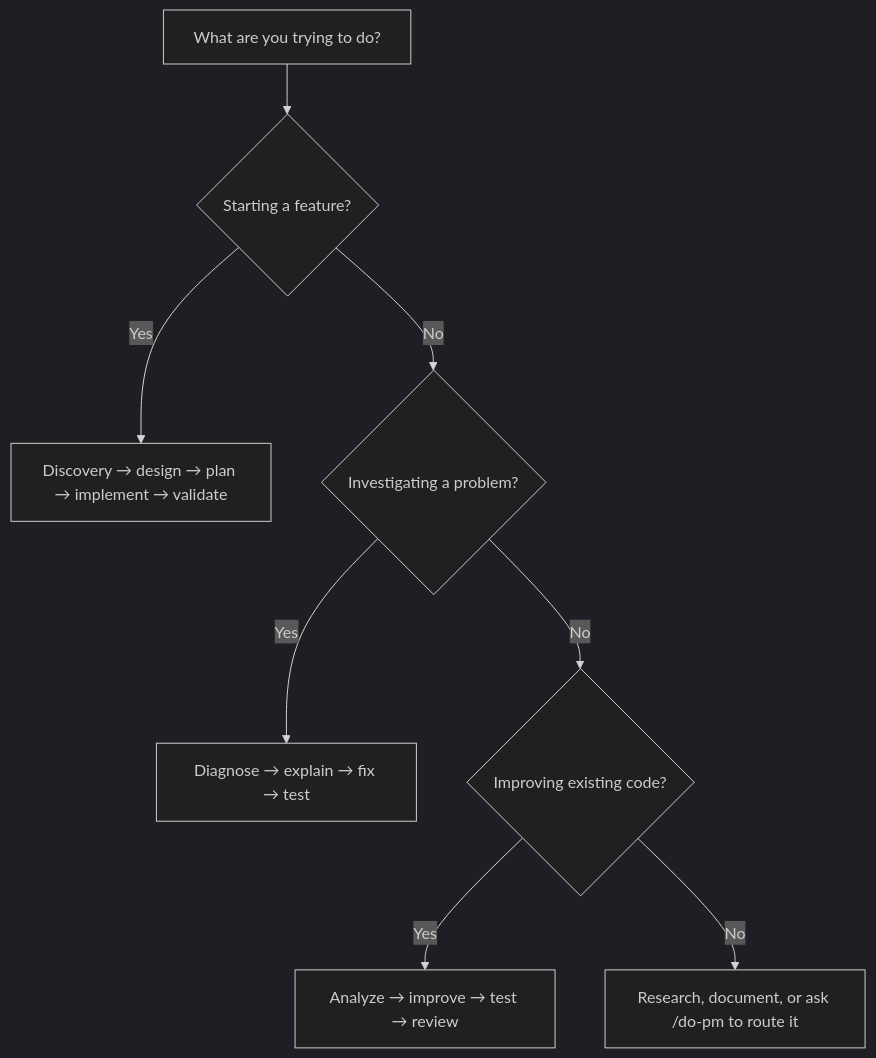
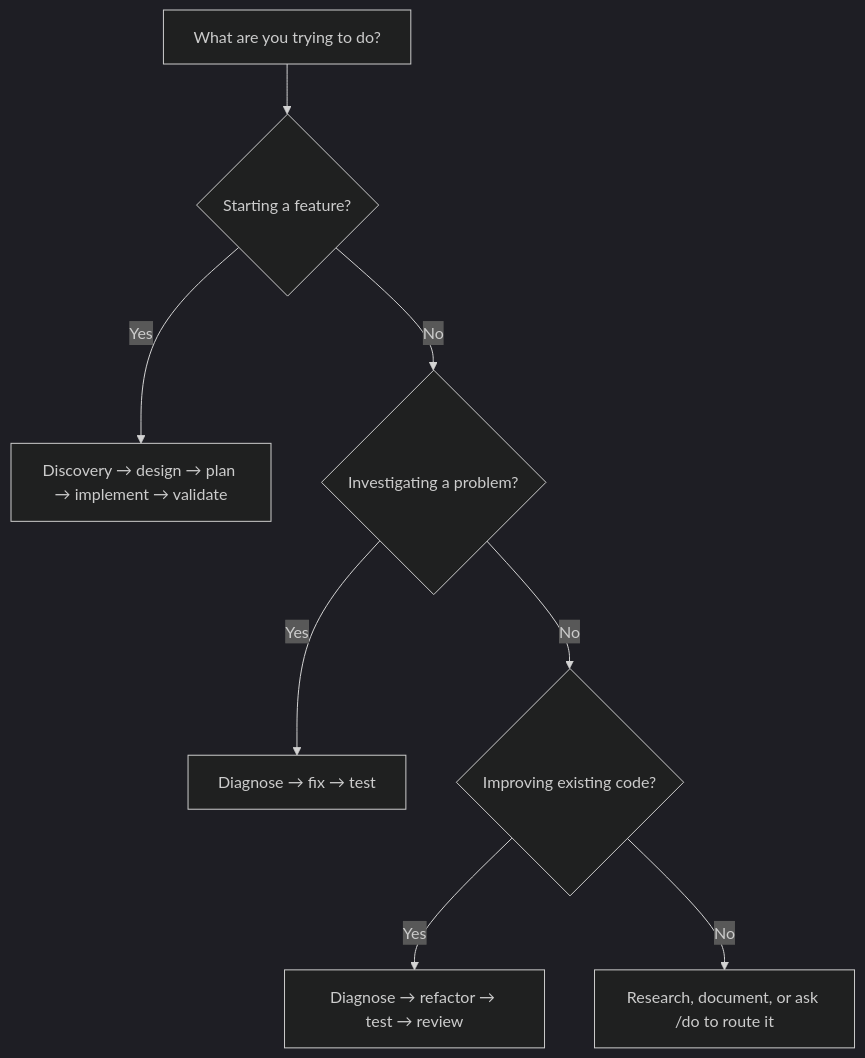
One commit to khoavu882/do-flow changed the first of 2 diagrams in docs/guide.md. Above: the diagram before and after it, drawn with Mermaid (dark theme). The commit also changed other lines of this file and 3 other files, not shown here.

````diff
--- a/docs/guide.md
+++ b/docs/guide.md
@@ -7,10 +7,10 @@
 ```mermaid
 flowchart TD
     A[What are you trying to do?] --> B{Starting a feature?}
     B -->|Yes| C[Discovery → design → plan → implement → validate]
     B -->|No| D{Investigating a problem?}
-    D -->|Yes| E[Diagnose → explain → fix → test]
+    D -->|Yes| E[Diagnose → fix → test]
     D -->|No| F{Improving existing code?}
-    F -->|Yes| G[Analyze → improve → test → review]
-    F -->|No| H[Research, document, or ask /do-pm to route it]
+    F -->|Yes| G[Diagnose → refactor → test → review]
+    F -->|No| H[Research, document, or ask /do to route it]
 ```
````
